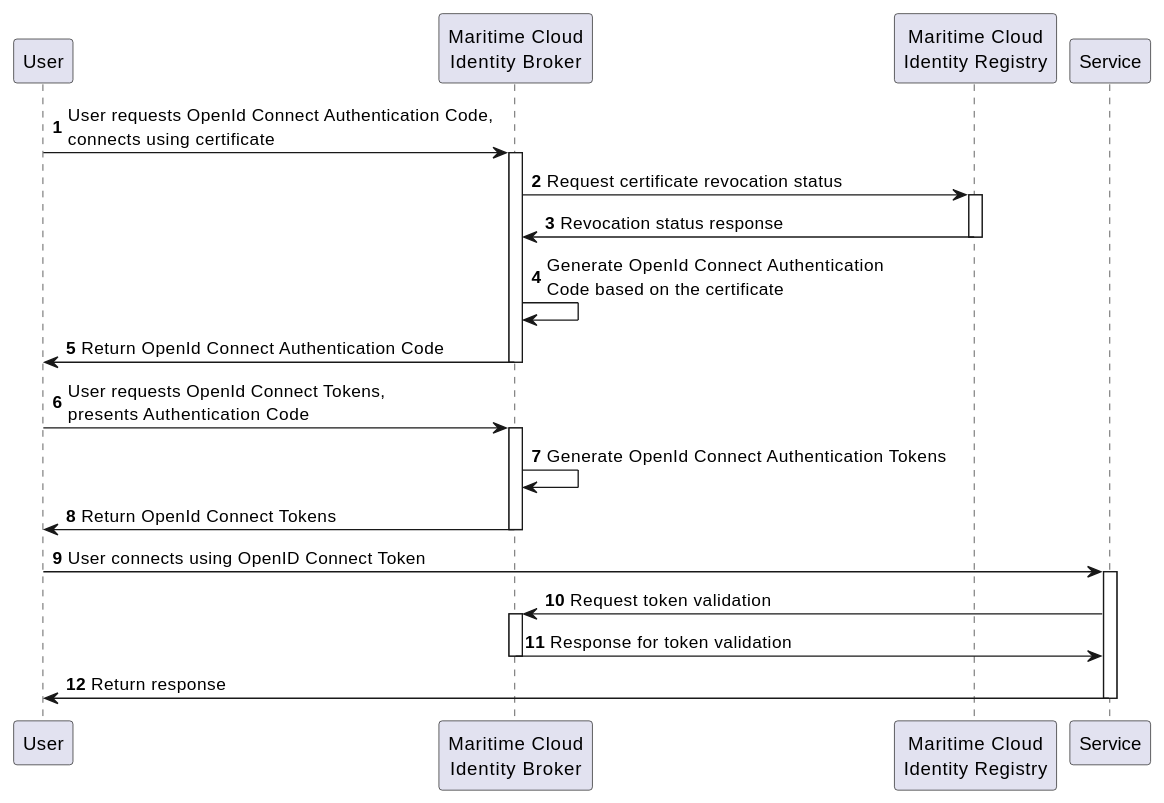
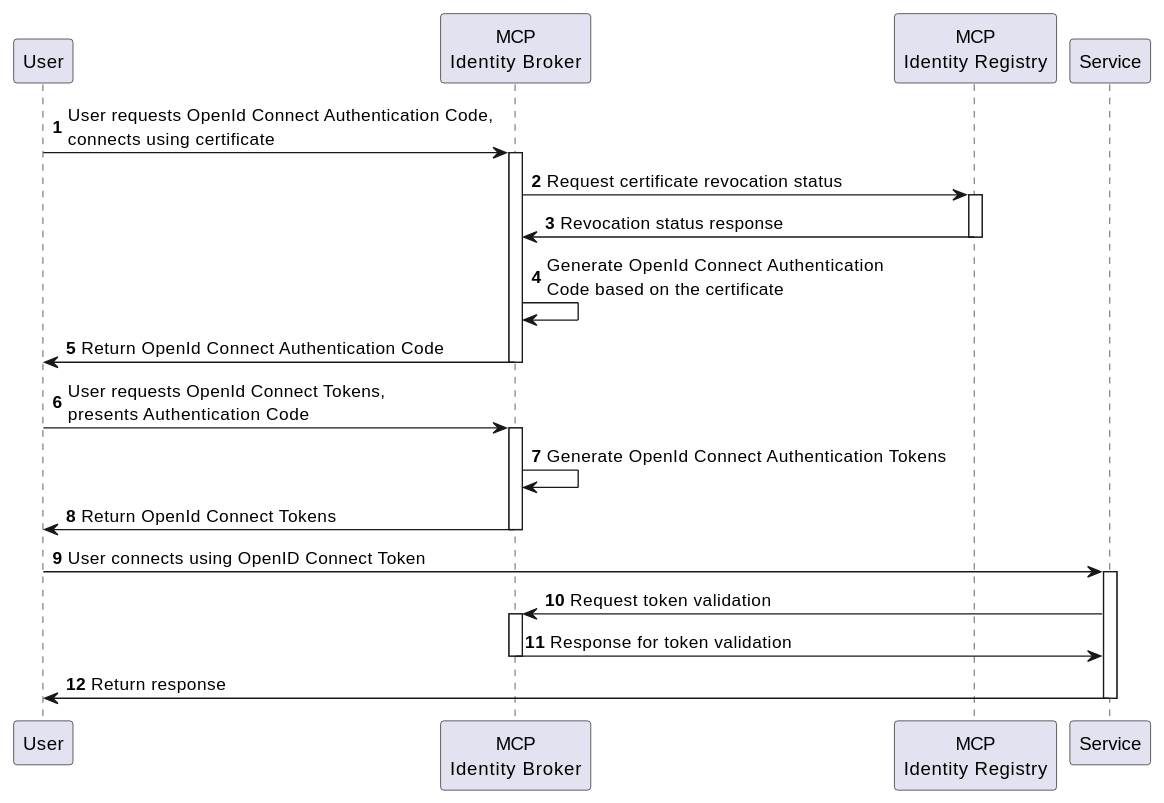
The second of 2 diagrams in identity/adoc/05X509Certificates.adoc (MaritimeCloud/developers.maritimecloud.net), drawn with PlantUML before and after one commit. The commit also changed other lines of this file and 6 other files, not shown here.

```diff
--- a/identity/adoc/05X509Certificates.adoc
+++ b/identity/adoc/05X509Certificates.adoc
@@ -114,26 +114,26 @@
 [plantuml]
 ....
 autonumber
-User -> "Maritime Cloud\nIdentity Broker": User requests OpenId Connect Authentication Code,\nconnects using certificate
-activate "Maritime Cloud\nIdentity Broker"
-"Maritime Cloud\nIdentity Broker" -> "Maritime Cloud\nIdentity Registry": Request certificate revocation status
-activate "Maritime Cloud\nIdentity Registry"
-"Maritime Cloud\nIdentity Registry" -> "Maritime Cloud\nIdentity Broker": Revocation status response
-deactivate "Maritime Cloud\nIdentity Registry"
-"Maritime Cloud\nIdentity Broker" -> "Maritime Cloud\nIdentity Broker": Generate OpenId Connect Authentication\nCode based on the certificate
-"Maritime Cloud\nIdentity Broker" -> User: Return OpenId Connect Authentication Code
-deactivate "Maritime Cloud\nIdentity Broker"
-User -> "Maritime Cloud\nIdentity Broker": User requests OpenId Connect Tokens,\npresents Authentication Code
-activate "Maritime Cloud\nIdentity Broker"
-"Maritime Cloud\nIdentity Broker" -> "Maritime Cloud\nIdentity Broker": Generate OpenId Connect Authentication Tokens
-"Maritime Cloud\nIdentity Broker" -> User: Return OpenId Connect Tokens
-deactivate "Maritime Cloud\nIdentity Broker"
+User -> "MCP\nIdentity Broker": User requests OpenId Connect Authentication Code,\nconnects using certificate
+activate "MCP\nIdentity Broker"
+"MCP\nIdentity Broker" -> "MCP\nIdentity Registry": Request certificate revocation status
+activate "MCP\nIdentity Registry"
+"MCP\nIdentity Registry" -> "MCP\nIdentity Broker": Revocation status response
+deactivate "MCP\nIdentity Registry"
+"MCP\nIdentity Broker" -> "MCP\nIdentity Broker": Generate OpenId Connect Authentication\nCode based on the certificate
+"MCP\nIdentity Broker" -> User: Return OpenId Connect Authentication Code
+deactivate "MCP\nIdentity Broker"
+User -> "MCP\nIdentity Broker": User requests OpenId Connect Tokens,\npresents Authentication Code
+activate "MCP\nIdentity Broker"
+"MCP\nIdentity Broker" -> "MCP\nIdentity Broker": Generate OpenId Connect Authentication Tokens
+"MCP\nIdentity Broker" -> User: Return OpenId Connect Tokens
+deactivate "MCP\nIdentity Broker"
 User -> Service: User connects using OpenID Connect Token
 activate Service
-Service -> "Maritime Cloud\nIdentity Broker": Request token validation
-activate "Maritime Cloud\nIdentity Broker"
-"Maritime Cloud\nIdentity Broker" -> Service: Response for token validation
-deactivate "Maritime Cloud\nIdentity Broker"
+Service -> "MCP\nIdentity Broker": Request token validation
+activate "MCP\nIdentity Broker"
+"MCP\nIdentity Broker" -> Service: Response for token validation
+deactivate "MCP\nIdentity Broker"
 Service -> User: Return response
 deactivate Service
 ....
```
